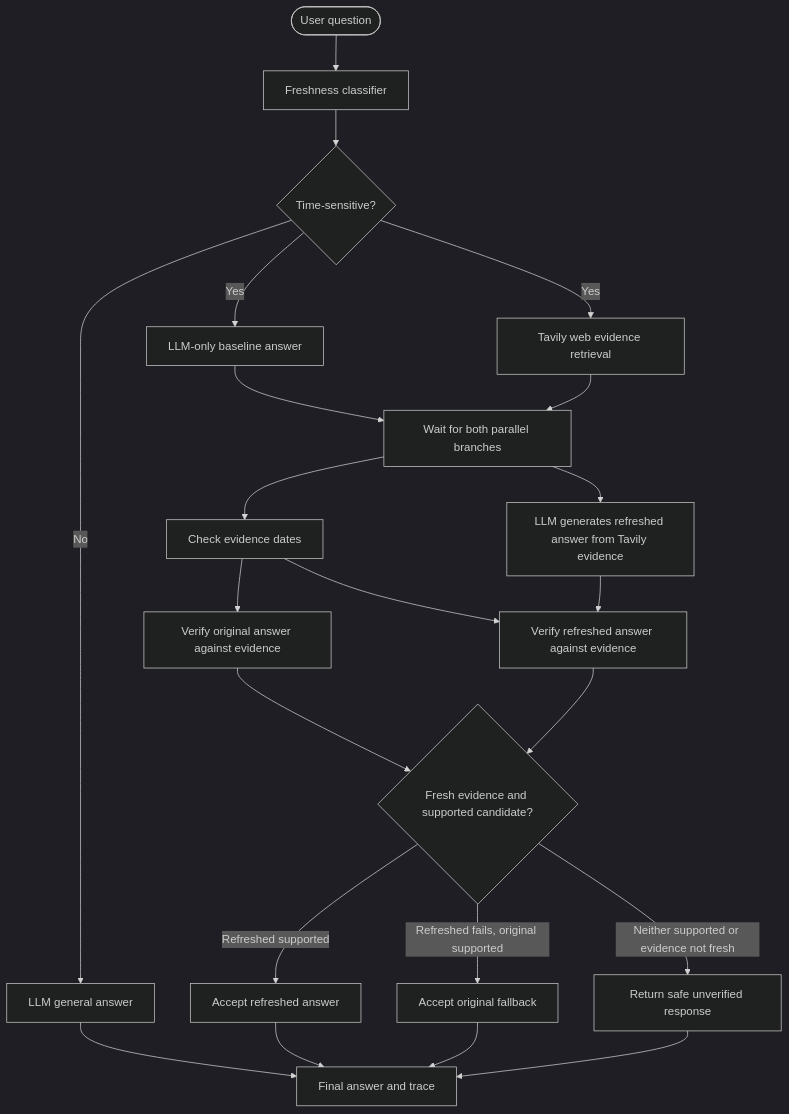
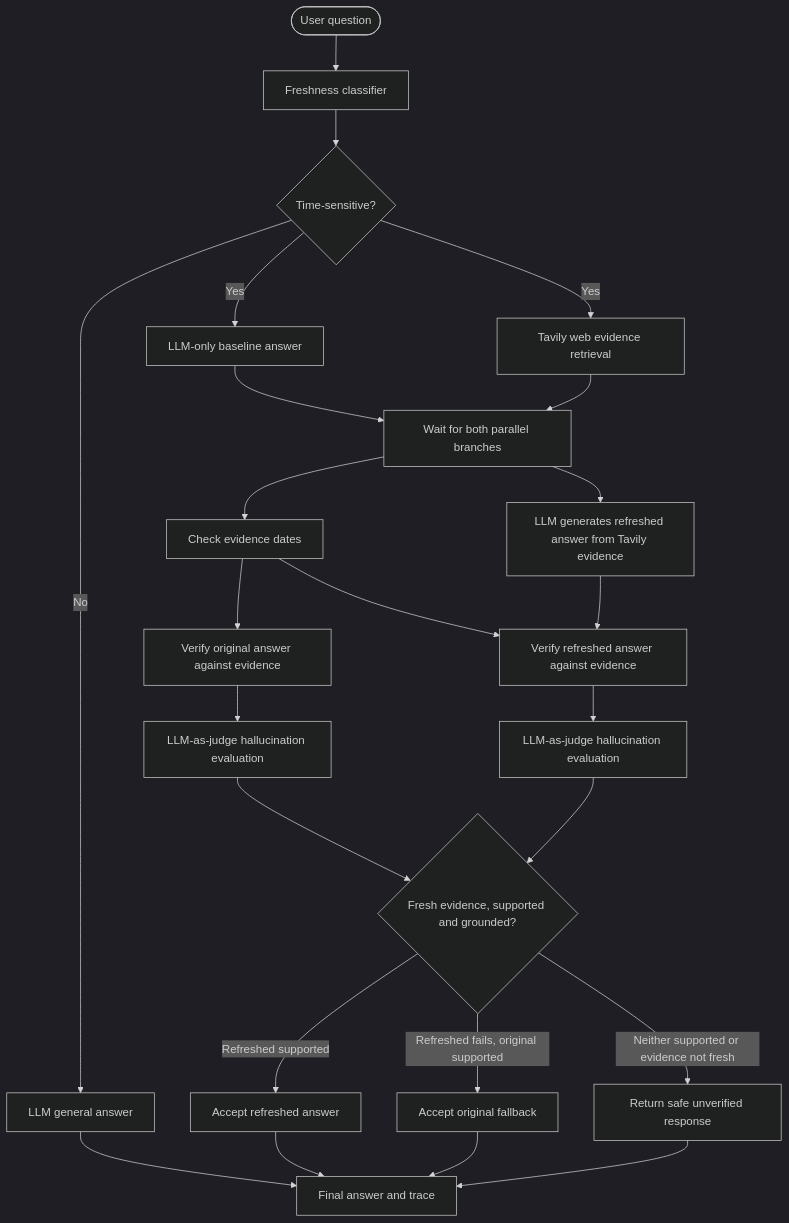
One commit to Diwahars/hackathon-dev changed the diagram in README.md. Above: the diagram before and after it, drawn with Mermaid (dark theme). The commit also changed other lines of this file and 9 other files, not shown here.

````diff
--- a/README.md
+++ b/README.md
@@ -24,24 +24,26 @@
 ```mermaid
 flowchart TD
     A([User question]) --> B[Freshness classifier]
     B --> C{Time-sensitive?}
     C -- No --> D[LLM general answer]
     D --> Z[Final answer and trace]
     C -- Yes --> E1[LLM-only baseline answer]
     C -- Yes --> E2[Tavily web evidence retrieval]
     E1 --> F[Wait for both parallel branches]
     E2 --> F
     F --> G[Check evidence dates]
     F --> H[LLM generates refreshed answer from Tavily evidence]
     G --> I[Verify original answer against evidence]
     G --> J[Verify refreshed answer against evidence]
     H --> J
-    I --> K{Fresh evidence and supported candidate?}
-    J --> K
+    I --> I2[LLM-as-judge hallucination evaluation]
+    J --> J2[LLM-as-judge hallucination evaluation]
+    I2 --> K{Fresh evidence, supported and grounded?}
+    J2 --> K
     K -- Refreshed supported --> L[Accept refreshed answer]
     K -- Refreshed fails, original supported --> M[Accept original fallback]
     K -- Neither supported or evidence not fresh --> N[Return safe unverified response]
     L --> Z
     M --> Z
     N --> Z
 ```
````
